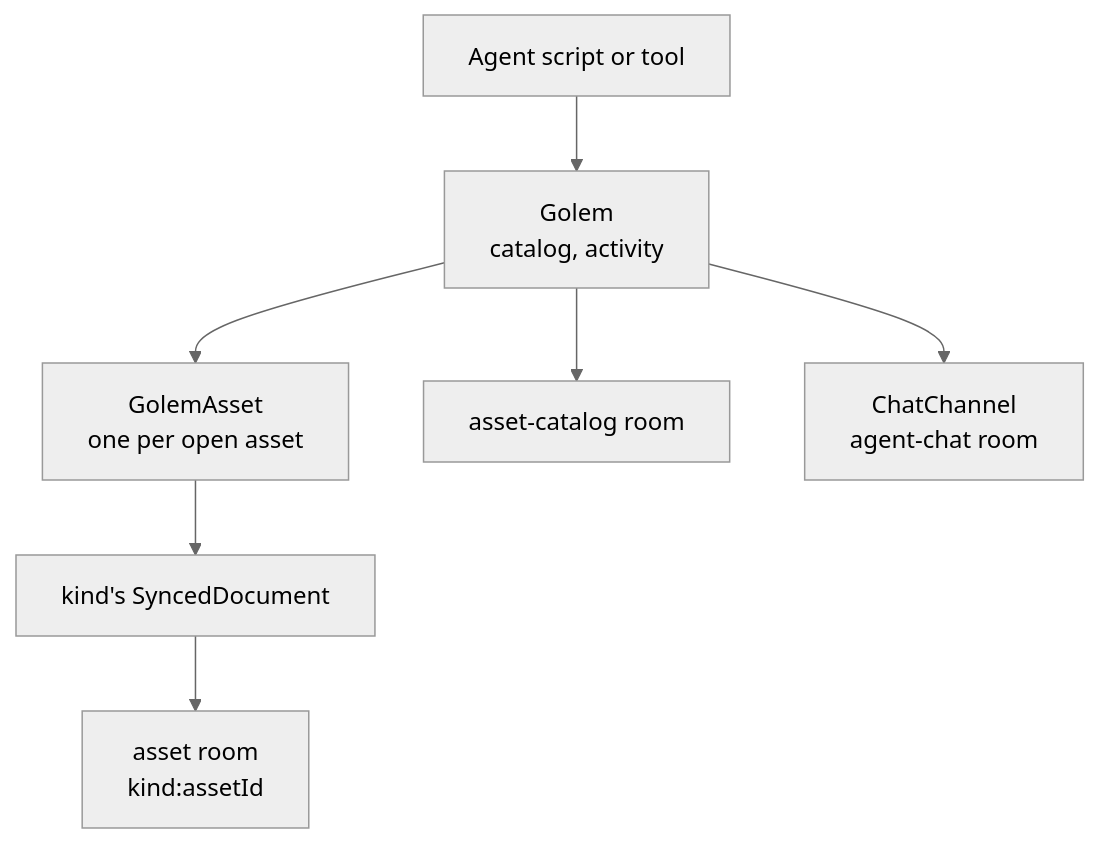
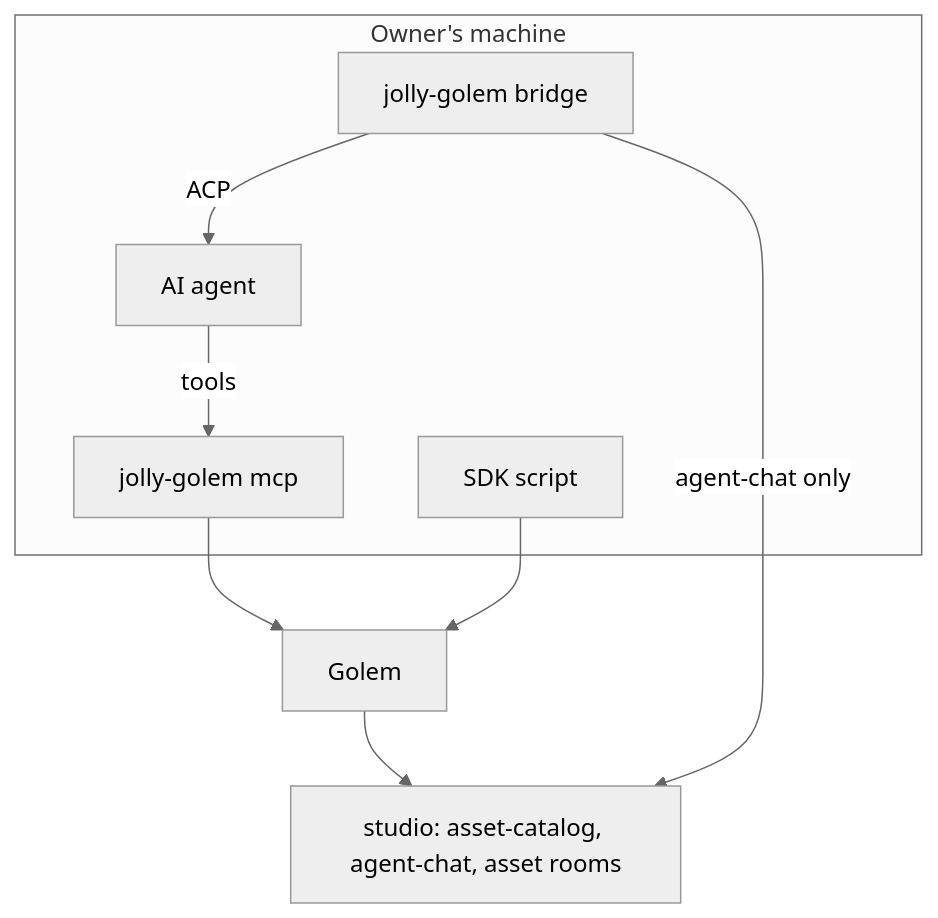
The first of 6 diagrams in packages/golem/ARCHITECTURE.md (JollyPixel/editor), drawn with Mermaid (neutral theme) before and after one commit. The commit also changed other lines of this file and 11 other files, not shown here.

Commit message:
chore: rework golem READMEs & ARCHITECTURE

````diff
--- a/packages/golem/ARCHITECTURE.md
+++ b/packages/golem/ARCHITECTURE.md
@@ -5,9 +7,12 @@
 ```mermaid
 flowchart TB
-  Agent["Agent script or tool"] --> Golem["Golem<br/>catalog, activity"]
-  Golem --> Asset["GolemAsset<br/>one per open asset"]
-  Golem --> Catalog["asset-catalog room"]
-  Golem --> Chat["ChatChannel<br/>agent-chat room"]
-  Asset --> Synced["kind's SyncedDocument"]
-  Synced --> Room["asset room<br/>kind:assetId"]
+  subgraph Owner["Owner's machine"]
+    Bridge["jolly-golem bridge"] -->|"ACP"| Agent["AI agent"]
+    Agent -->|"tools"| Mcp["jolly-golem mcp"]
+    Script["SDK script"]
+  end
+  Mcp --> Golem["Golem"]
+  Script --> Golem
+  Golem --> Studio["studio: asset-catalog, agent-chat, asset rooms"]
+  Bridge -->|"agent-chat only"| Studio
 ```
````
